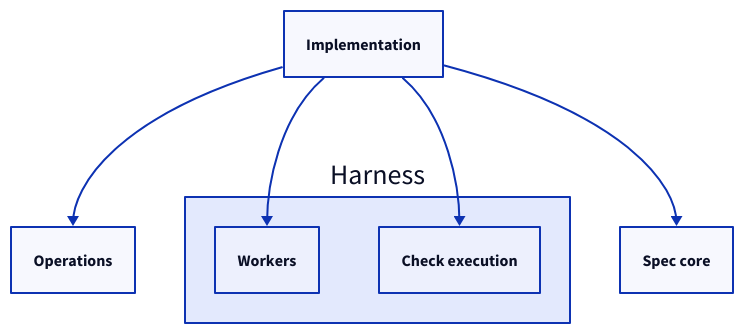
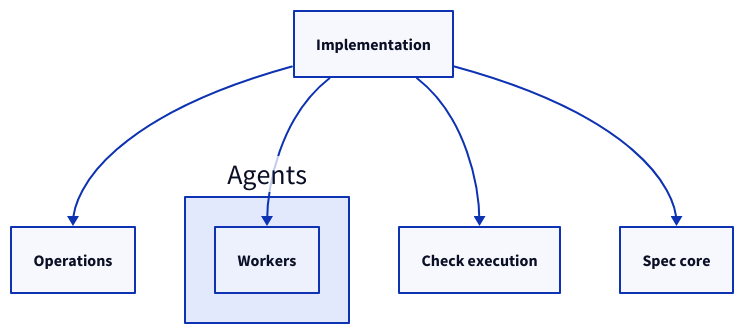
One commit to FTOD/concorde changed the third of 3 diagrams in specs/concorde/operations/implementation/module.md. Above: the diagram before and after it, drawn with D2. The commit also changed other lines of this file and 81 other files, not shown here.

First line of the commit message:
Organize agents by work level and make the Harness agent-independent

````diff
--- a/specs/concorde/operations/implementation/module.md
+++ b/specs/concorde/operations/implementation/module.md
@@ -172,13 +172,13 @@
 ```d2
 implementation: Implementation
 operations: Operations
-harness: Harness {
+agents: Agents {
   workers: Workers
-  checks: Check execution
 }
+checks: Check execution
 spec: Spec core
 implementation -> operations
-implementation -> harness.workers
-implementation -> harness.checks
+implementation -> agents.workers
+implementation -> checks
 implementation -> spec
 ```
````
